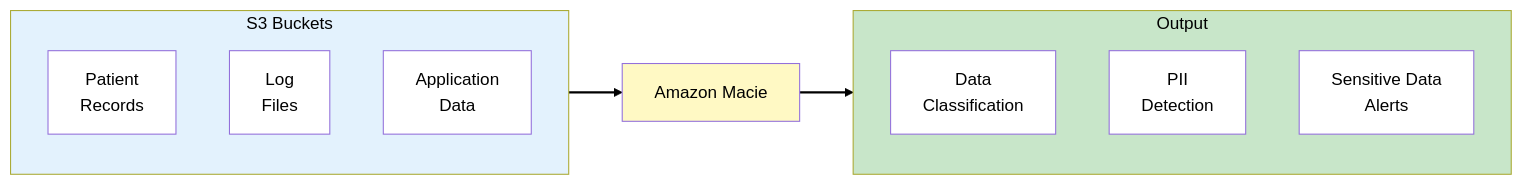
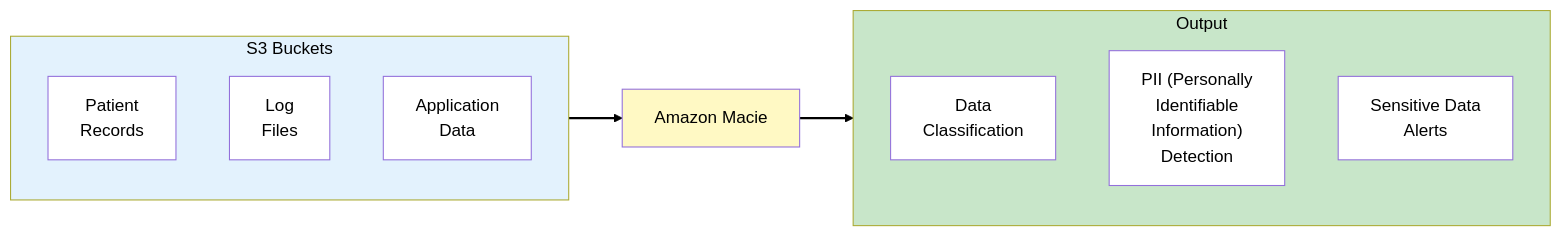
The fifth of 10 diagrams in docs/scenarios/medvault/phases/phase-6-threat-detection.md (benjaminhonorio/aws-architecting), drawn with Mermaid before and after one commit. The commit also changed other lines of this file and 6 other files, not shown here.

````diff
--- a/docs/scenarios/medvault/phases/phase-6-threat-detection.md
+++ b/docs/scenarios/medvault/phases/phase-6-threat-detection.md
@@ -204,29 +218,29 @@
 ```mermaid
 flowchart LR
     subgraph S3["S3 Buckets"]
         B1["Patient<br>Records"]
         B2["Log<br>Files"]
         B3["Application<br>Data"]
     end
 
     MACIE["Amazon Macie"]
 
     subgraph Output["Output"]
         CLASS["Data<br>Classification"]
-        PII["PII<br>Detection"]
+        PII["PII (Personally<br>Identifiable<br>Information)<br>Detection"]
         ALERT["Sensitive Data<br>Alerts"]
     end
 
     S3 --> MACIE --> Output
 
     style S3 fill:#e3f2fd,color:#000
     style MACIE fill:#fff9c4,color:#000
     style Output fill:#c8e6c9,color:#000
     style B1 fill:#fff,color:#000
     style B2 fill:#fff,color:#000
     style B3 fill:#fff,color:#000
     style CLASS fill:#fff,color:#000
     style PII fill:#fff,color:#000
     style ALERT fill:#fff,color:#000
     linkStyle default stroke:#000,stroke-width:2px
 ```
````
